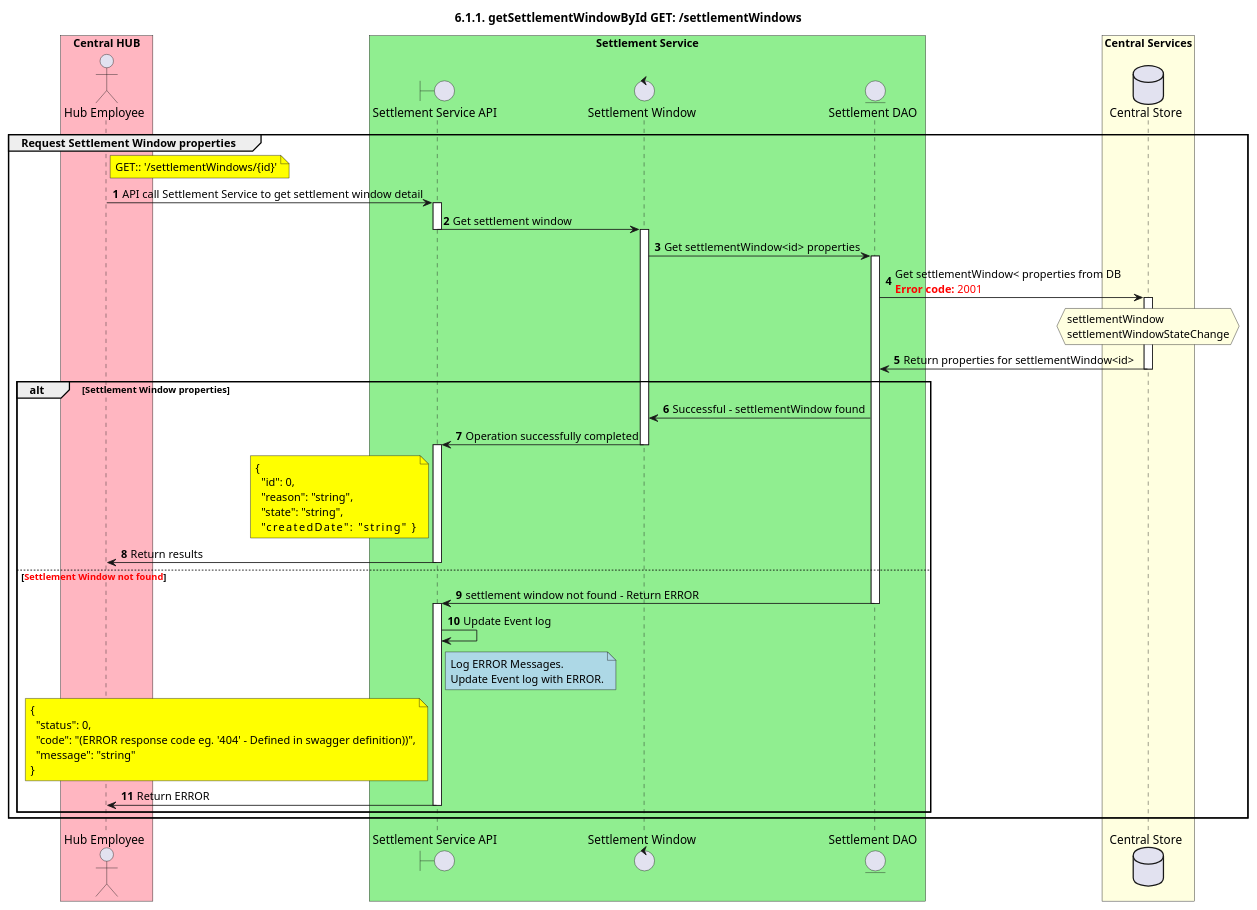
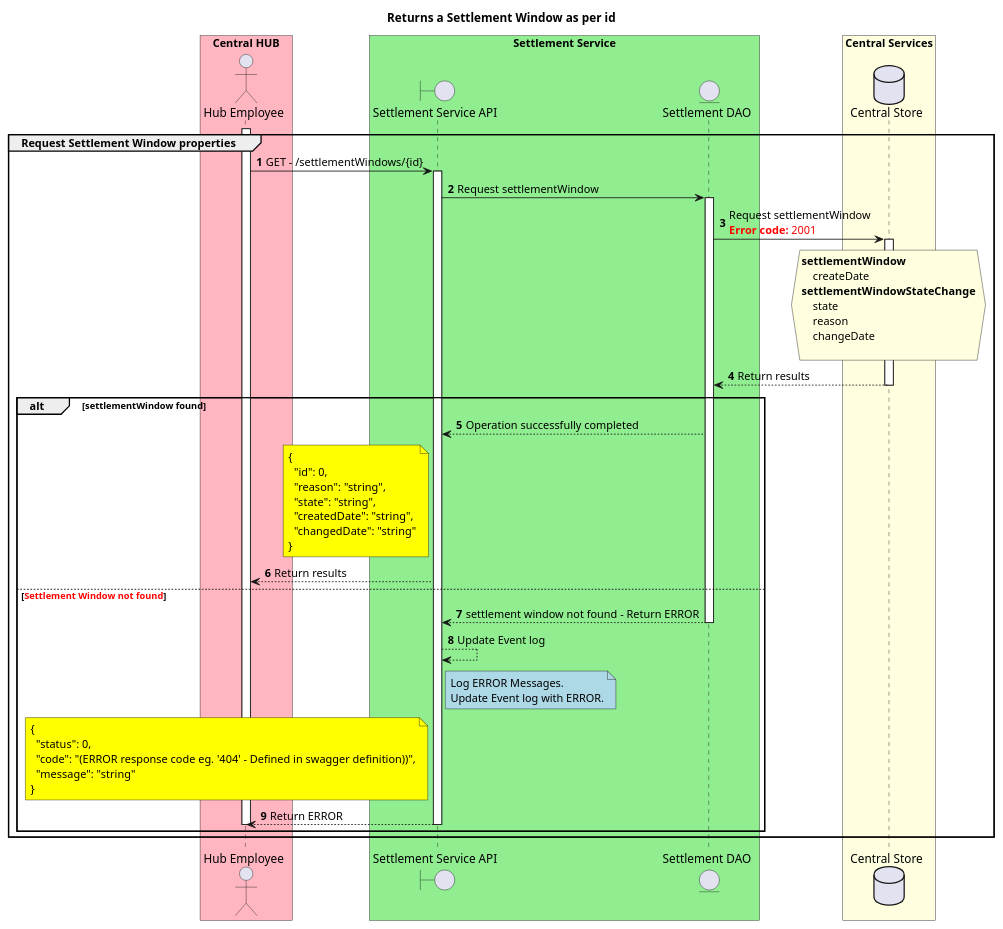
The diagram in CentralServices/seq_diagrams/seq-settleWindow-6.1.1.plantuml (HenkKodde/docs), drawn with PlantUML before and after one commit. The commit also changed 12 other files, not shown here.

```diff
--- a/CentralServices/seq_diagrams/seq-settleWindow-6.1.1.plantuml
+++ b/CentralServices/seq_diagrams/seq-settleWindow-6.1.1.plantuml
@@ -1,87 +1,88 @@
 @startuml
 ' declate title
-title 6.1.1. getSettlementWindowById GET: /settlementWindows
+title Returns a Settlement Window as per id
+'title 6.1.1. getSettlementWindowById GET: /settlementWindows
 
 autonumber
 
-' Actor Keys:
 ' declare actors
-
 actor "Hub Employee" as OPERATOR
 
 boundary "Settlement Service API" as SSAPI
-control "Settlement Window" as SETTLEWINDOW
 entity "Settlement DAO" as SETTLE_DAO
 
 database "Central Store" as DB
 
 box "Central HUB" #LightPink
     participant OPERATOR
 end box
 
 box "Settlement Service" #LightGreen
     participant SSAPI
-    participant SETTLEWINDOW
     participant SETTLE_DAO
 end box
 
 box "Central Services" #LightYellow
     participant DB
 end box
 
 ' start flow
+group Request Settlement Window properties
+    activate OPERATOR
+    OPERATOR -> SSAPI: GET - /settlementWindows/{id}
+    activate SSAPI
+    SSAPI -> SETTLE_DAO: Request settlementWindow
+    activate SETTLE_DAO
+    SETTLE_DAO -> DB: Request settlementWindow\n<color #FF0000><b>Error code:</b> 2001</color>
+    activate DB
+    hnote over DB #LightYellow
+        **settlementWindow**
+            createDate
+        **settlementWindowStateChange**
+            state
+            reason
+            changeDate
+'        SELECT MAX(settlementWindowStateId) as currentstate
+'        FROM **settlementWindowStateChange**
+'        WHERE (settlementWindowId = {id})
+'        GROUP BY settlementWindowStateId
 
-group Request Settlement Window properties
-    note right of OPERATOR #Yellow
-        GET:: '/settlementWindows/{id}'
-    end note
-    OPERATOR -> SSAPI: API call Settlement Service to get settlement window detail
-    activate SSAPI
-    SSAPI -> SETTLEWINDOW: Get settlement window
-    deactivate SSAPI
-    activate SETTLEWINDOW
-        SETTLEWINDOW -> SETTLE_DAO: Get settlementWindow<id> properties
-        activate SETTLE_DAO
-                SETTLE_DAO -> DB: Get settlementWindow< properties from DB \n<color #FF0000><b>Error code:</b> 2001</color>
-            activate DB
-                hnote over DB #LightYellow
-                settlementWindow
-                settlementWindowStateChange
-                end hnote
-                SETTLE_DAO <- DB: Return properties for settlementWindow<id>
-            deactivate DB
-    alt Settlement Window properties
-        SETTLEWINDOW <- SETTLE_DAO: Successful - settlementWindow found
-        SSAPI <- SETTLEWINDOW: Operation successfully completed
-        deactivate SETTLEWINDOW
-        activate SSAPI
+'        SELECT settlementWindowId, settlementWindowStateId, reason, createDate
+'        FROM **settlementWindowStateChange**
+'        WHERE (settlementWindowStateId = {currentstate});
+    end hnote
+    SETTLE_DAO <-- DB: Return results
+    deactivate DB
+    alt settlementWindow found
+        SSAPI <-- SETTLE_DAO: Operation successfully completed
         note left of SSAPI #Yellow
             {
               "id": 0,
               "reason": "string",
               "state": "string",
-              "createdDate": "string"            }
+              "createdDate": "string",
+              "changedDate": "string"
+            }
         end note
-        OPERATOR <- SSAPI: Return results
-        deactivate SSAPI
+        OPERATOR <-- SSAPI: Return results
     else <color #FF0000><b>Settlement Window not found</b></color>
-        SETTLE_DAO -> SSAPI: settlement window not found - Return ERROR
+        SETTLE_DAO --> SSAPI: settlement window not found - Return ERROR
         deactivate SETTLE_DAO
-        activate SSAPI
-        SSAPI -> SSAPI: Update Event log
+        SSAPI --> SSAPI: Update Event log
         note right of SSAPI #LightBlue
             Log ERROR Messages.
             Update Event log with ERROR.
         end note
         note left of SSAPI #Yellow
             {
               "status": 0,
               "code": "(ERROR response code eg. '404' - Defined in swagger definition))",
               "message": "string"
             }
         end note
-        OPERATOR <- SSAPI: Return ERROR
-        deactivate SSAPI
+        OPERATOR <-- SSAPI: Return ERROR
+    deactivate SSAPI
+    deactivate OPERATOR
     end
 end
 @enduml
```
